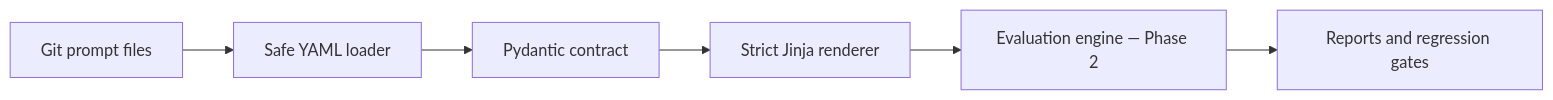
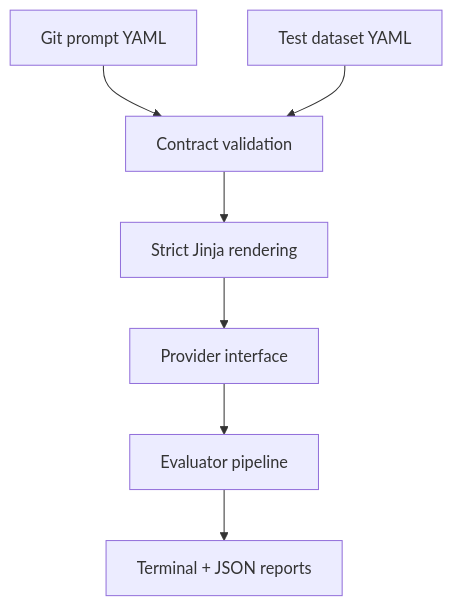
The diagram in README.md (Anne07-Ai/prompt-laboratory), drawn with Mermaid before and after one commit. The commit also changed other lines of this file and 18 other files, not shown here.

Commit message:
feat: implement Phase 2 local evaluation engine

````diff
--- a/README.md
+++ b/README.md
@@ -29,8 +30,9 @@
 ```mermaid
-flowchart LR
-    G["Git prompt files"] --> L["Safe YAML loader"]
-    L --> V["Pydantic contract"]
-    V --> J["Strict Jinja renderer"]
-    J --> E["Evaluation engine — Phase 2"]
-    E --> R["Reports and regression gates"]
+flowchart TD
+    G["Git prompt YAML"] --> V["Contract validation"]
+    D["Test dataset YAML"] --> V
+    V --> J["Strict Jinja rendering"]
+    J --> P["Provider interface"]
+    P --> E["Evaluator pipeline"]
+    E --> R["Terminal + JSON reports"]
 ```
````
